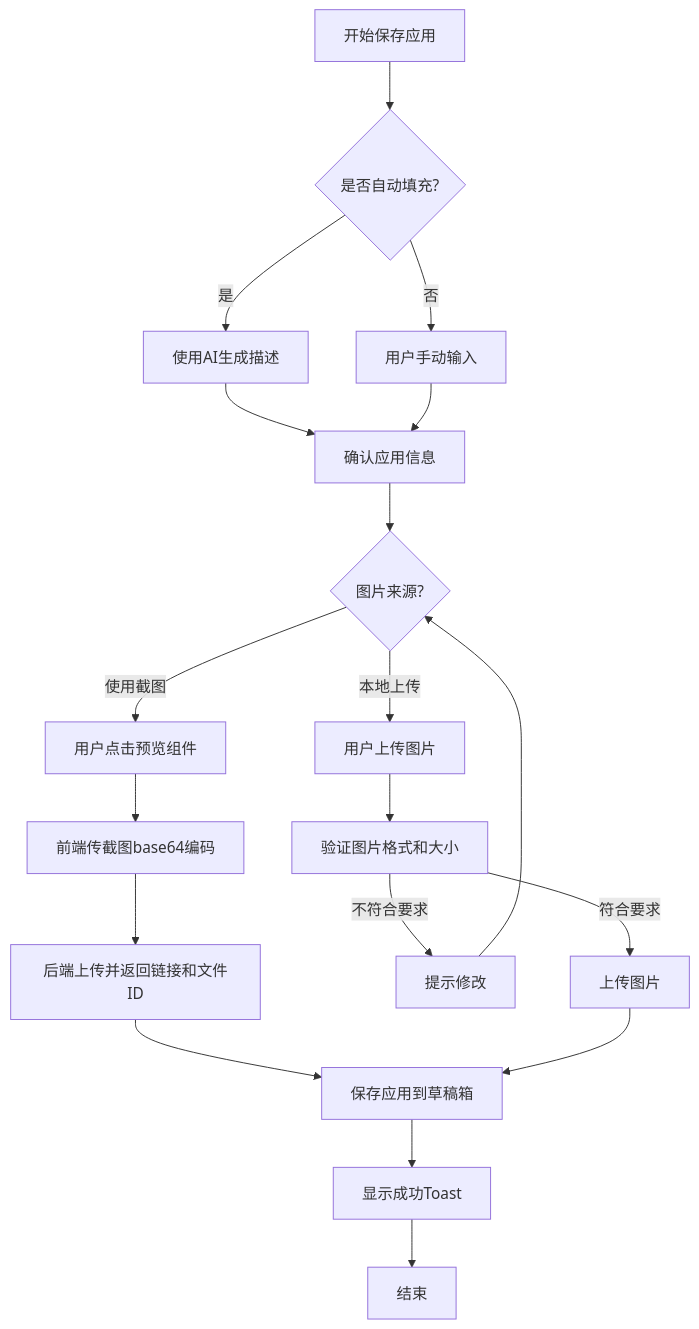
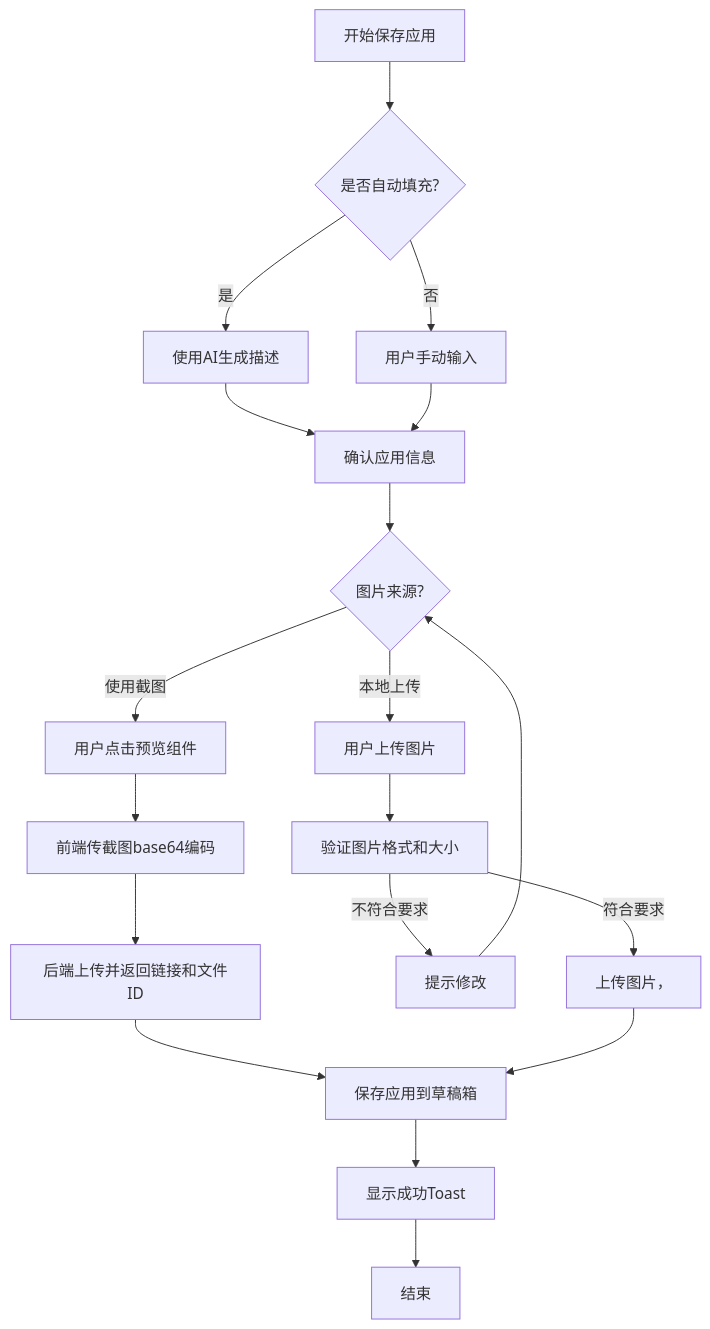
The diagram in all/未命名-66.md (yingjianzh/iodraw-files), drawn with Mermaid before and after one commit.

Commit message:
2025-05-27 11:20:58 update

````diff
--- a/all/未命名-66.md
+++ b/all/未命名-66.md
@@ -1,21 +1,21 @@
 ```mermaid
 flowchart TD
     A[开始保存应用] --> B{是否自动填充?}
     B -->|是| C[使用AI生成描述]
     B -->|否| D[用户手动输入]
     C --> E[确认应用信息]
     D --> E
     E --> F{图片来源?}
     F -->|使用截图| G[用户点击预览组件]
     F -->|本地上传| H[用户上传图片]
     G --> G1[前端传截图base64编码]
     G1 --> G2[后端上传并返回链接和文件ID]
     H --> I[验证图片格式和大小]
     I -->|不符合要求| J[提示修改]
     J --> F
-    I -->|符合要求| K1[上传图片]
+    I -->|符合要求| K1[上传图片，]
     G2 --> K[保存应用到草稿箱]
     K1 --> K
     K --> L[显示成功Toast]
     L --> M[结束]
 ```
````
